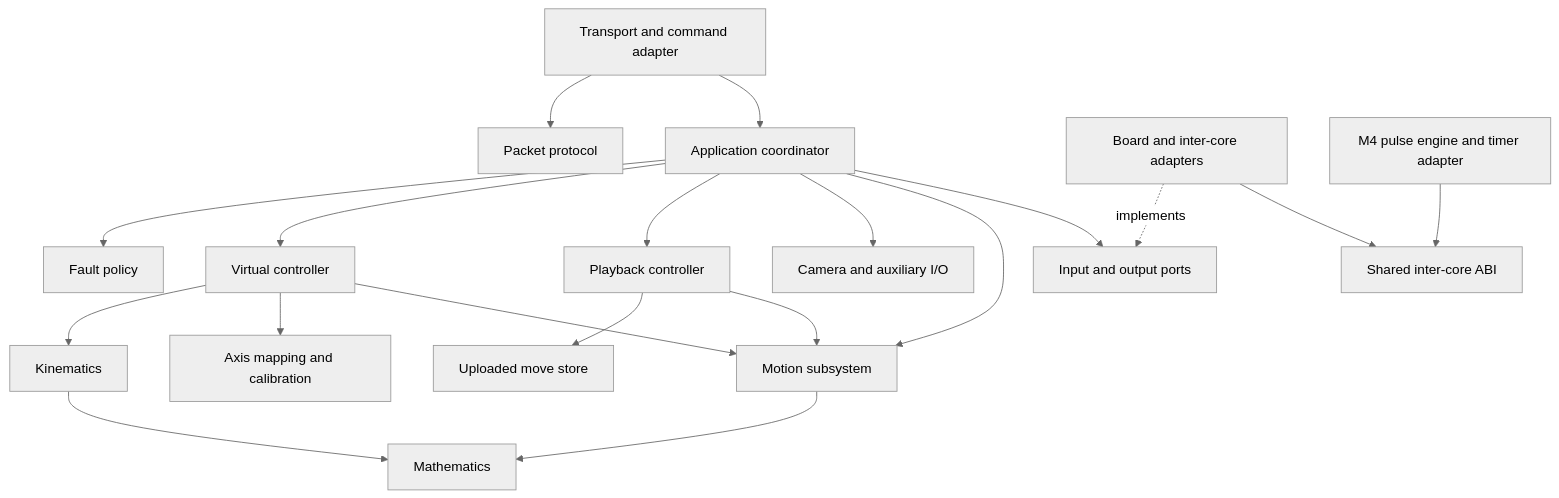
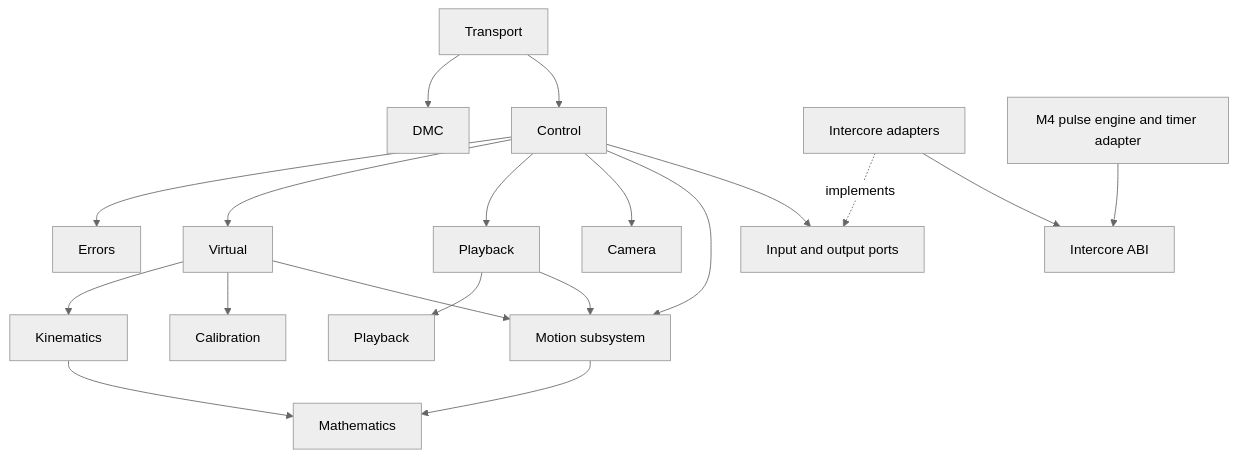
The diagram in docs/modules/README.md (Limnmedia/limnmoco), drawn with Mermaid (neutral theme) before and after one commit. The commit also changed other lines of this file and 52 other files, not shown here.

````diff
--- a/docs/modules/README.md
+++ b/docs/modules/README.md
@@ -99,21 +110,21 @@
 ```mermaid
 flowchart TD
-    Wire[Transport and command adapter] --> Protocol[Packet protocol]
-    Wire --> App[Application coordinator]
-    App --> Fault[Fault policy]
-    App --> Virtual[Virtual controller]
-    App --> Playback[Playback controller]
-    App --> IO[Camera and auxiliary I/O]
+    Wire[Transport] --> Protocol[DMC]
+    Wire --> App[Control]
+    App --> Fault[Errors]
+    App --> Virtual[Virtual]
+    App --> Playback[Playback]
+    App --> IO[Camera]
     App --> Motion[Motion subsystem]
     Virtual --> Geometry[Kinematics]
-    Virtual --> Calibration[Axis mapping and calibration]
+    Virtual --> Calibration[Calibration]
     Virtual --> Motion
-    Playback --> Store[Uploaded move store]
+    Playback --> Store[Playback]
     Playback --> Motion
     Geometry --> Math[Mathematics]
     Motion --> Math
     App --> Ports[Input and output ports]
-    Board[Board and inter-core adapters] -. implements .-> Ports
-    M4[M4 pulse engine and timer adapter] --> ABI[Shared inter-core ABI]
+    Board[Intercore adapters] -. implements .-> Ports
+    M4[M4 pulse engine and timer adapter] --> ABI[Intercore ABI]
     Board --> ABI
 ```
````
